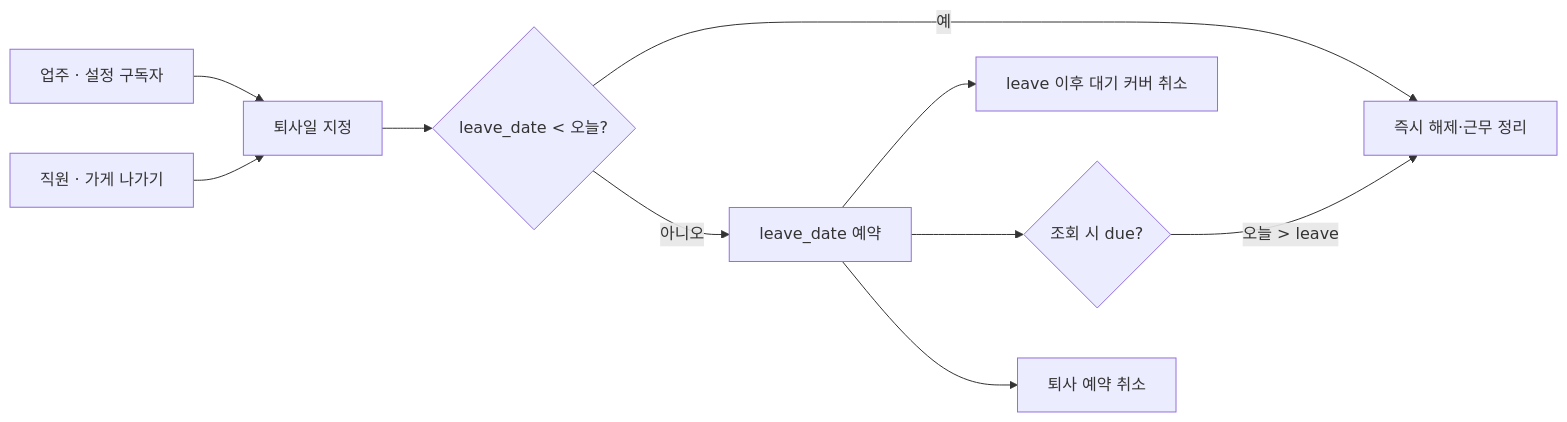
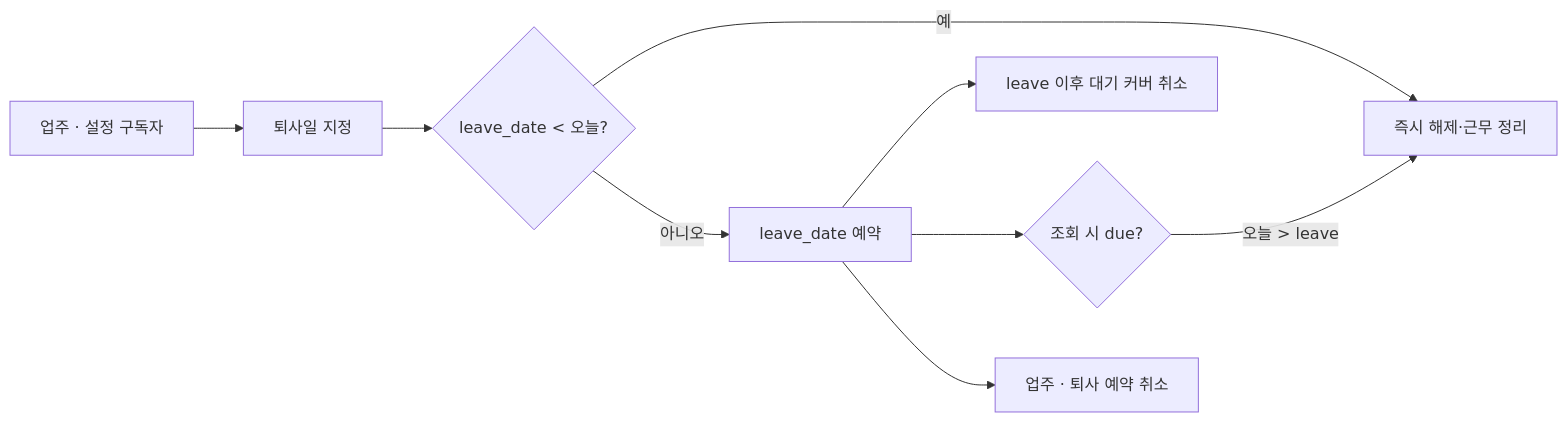
Before and after one commit to ohdeg/PBB: diagram 14 of 27 in docs/PBB-유저-흐름도.md, drawn with Mermaid. The commit also changed other lines of this file and 55 other files, not shown here.

````diff
--- a/docs/PBB-유저-흐름도.md
+++ b/docs/PBB-유저-흐름도.md
@@ -325,12 +362,11 @@
 ```mermaid
 flowchart LR
     pick[퇴사일 지정] --> past{leave_date < 오늘?}
     past -->|"예"| purge[즉시 해제·근무 정리]
     past -->|"아니오"| schedule[leave_date 예약]
     schedule --> cancelAfter[leave 이후 대기 커버 취소]
     schedule --> due{조회 시 due?}
     due -->|"오늘 > leave"| purge
     owner[업주 · 설정 구독자] --> pick
-    staff[직원 · 가게 나가기] --> pick
-    schedule --> clear[퇴사 예약 취소]
+    schedule --> clear[업주 · 퇴사 예약 취소]
 ```
````
